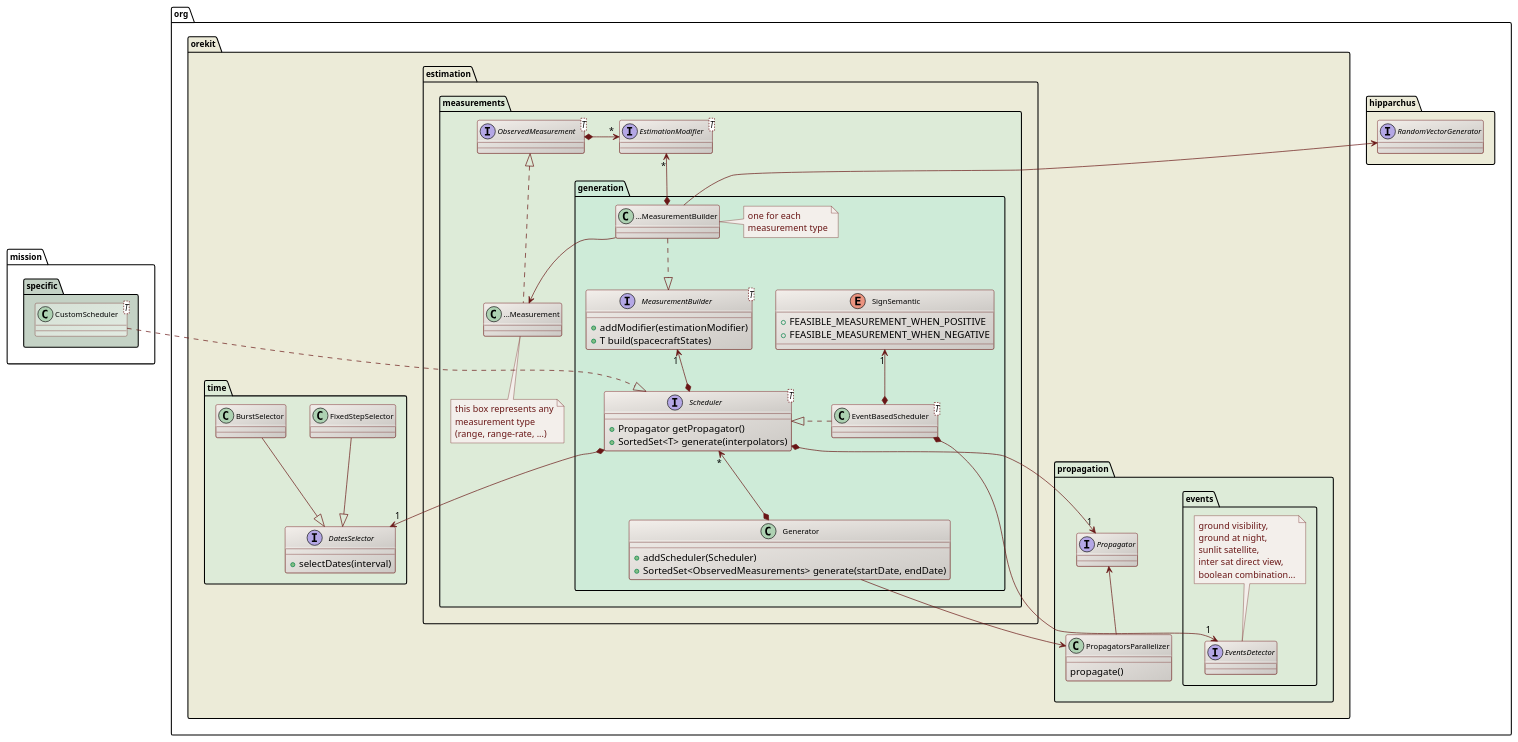
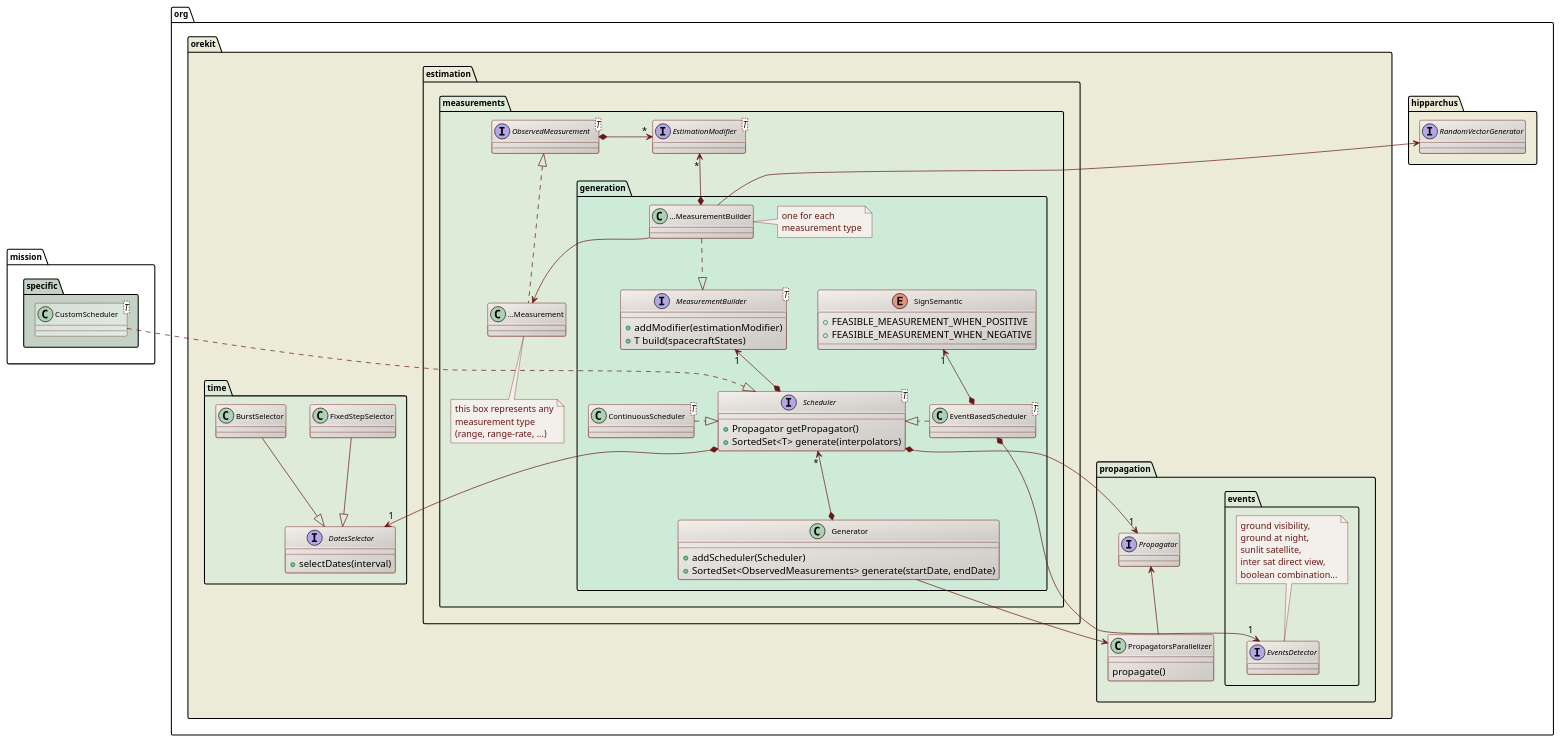
The diagram in src/design/measurements-generation-class-diagram.puml (CS-SI/Orekit), drawn with PlantUML before and after one commit. The commit also changed 1 other file, not shown here.

Commit message:
Added ContinuousScheduler.

```diff
--- a/src/design/measurements-generation-class-diagram.puml
+++ b/src/design/measurements-generation-class-diagram.puml
@@ -17,118 +17,120 @@
 @startuml
 
   skinparam svek                  true
   skinparam ClassBackgroundColor  #F3EFEB/CCC9C5
   skinparam ClassArrowColor       #691616
   skinparam ClassBorderColor      #691616
   skinparam NoteBackgroundColor   #F3EFEB
   skinparam NoteBorderColor       #691616
   skinparam NoteFontColor         #691616
   skinparam ClassFontSize         11
   skinparam PackageFontSize       12
 
   package org.hipparchus #ECEBD8 {
       interface RandomVectorGenerator
   }
 
   package org.orekit #ECEBD8 {
 
     package propagation.events #DDEBD8 {
       interface EventsDetector
       note top
         ground visibility,
         ground at night,
         sunlit satellite,
         inter sat direct view,
         boolean combination...
       end note
     }
     package estimation.measurements #DDEBD8 {
 
       package generation #CEEBD8 {
 
         interface "MeasurementBuilder<T>" as MeasurementBuilder_T_ {
           +addModifier(estimationModifier)
           +T build(spacecraftStates)
          }
 
         class "...MeasurementBuilder" as XXXMeasurementBuilder
         note right
           one for each
           measurement type
         end note
 
         class Generator {
           +addScheduler(Scheduler)
           +SortedSet<ObservedMeasurements> generate(startDate, endDate)
         }
 
         enum SignSemantic {
           +FEASIBLE_MEASUREMENT_WHEN_POSITIVE
           +FEASIBLE_MEASUREMENT_WHEN_NEGATIVE
         }
         class "EventBasedScheduler<T>" as EventBasedScheduler_T_
+        class "ContinuousScheduler<T>" as ContinuousScheduler_T_
 
         interface "Scheduler<T>" as Scheduler_T_ {
           +Propagator getPropagator()
           +SortedSet<T> generate(interpolators)
         }
 
         XXXMeasurementBuilder       ..|>          MeasurementBuilder_T_
         MeasurementBuilder_T_ "1" <--* Scheduler_T_
         XXXMeasurementBuilder -up-> RandomVectorGenerator
         SignSemantic "1" <--* EventBasedScheduler_T_
         Scheduler_T_ <|.left. EventBasedScheduler_T_
+        ContinuousScheduler_T_ .right.|> Scheduler_T_
         Scheduler_T_ "*" <--* Generator
   
         EventBasedScheduler_T_ *-right-> "1" EventsDetector
       }
 
       interface "EstimationModifier<T>" as EstimationModifier_T_
       interface "ObservedMeasurement<T>" as ObservedMeasurement_T_
       class "...Measurement" as XXXMeasurement
       note bottom
         this box represents any
         measurement type
         (range, range-rate, ...)
       end note
 
  
       EstimationModifier_T_  "*" <-left-*          ObservedMeasurement_T_ 
       ObservedMeasurement_T_     <|..          XXXMeasurement
       XXXMeasurementBuilder       -->          XXXMeasurement
       EstimationModifier_T_ "*" <--* XXXMeasurementBuilder 
 
     }
 
 
     package propagation #DDEBD8 {
     interface Propagator
       class PropagatorsParallelizer {
         propagate()
       }
       Generator --> PropagatorsParallelizer
       Scheduler_T_ *--> "1" Propagator
       Propagator <-- PropagatorsParallelizer
     }
 
     package time #DDEBD8 {
         class FixedStepSelector
         class BurstSelector
         interface DatesSelector {
           +selectDates(interval)
         }
 
 
         FixedStepSelector --|> DatesSelector
         BurstSelector --|> DatesSelector
         Scheduler_T_ *--> "1" DatesSelector
     }
 
   }
 
   package mission.specific #C4D2C5 {
     class "CustomScheduler<T>" as CustomScheduler_T_ #D5E0D5/E2EBE2
     Scheduler_T_ <|.up. CustomScheduler_T_
   }
 
 @enduml
```
